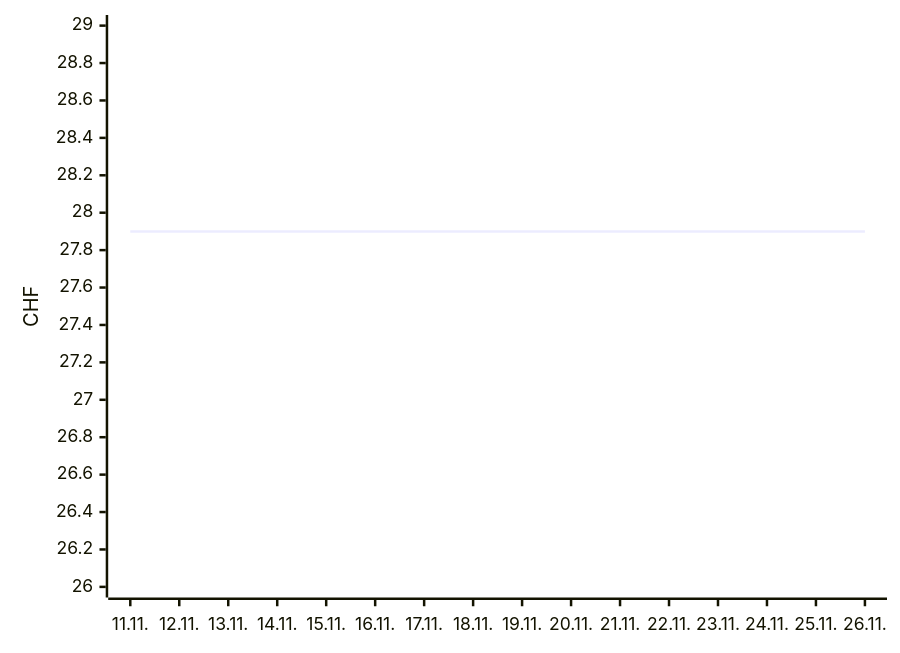
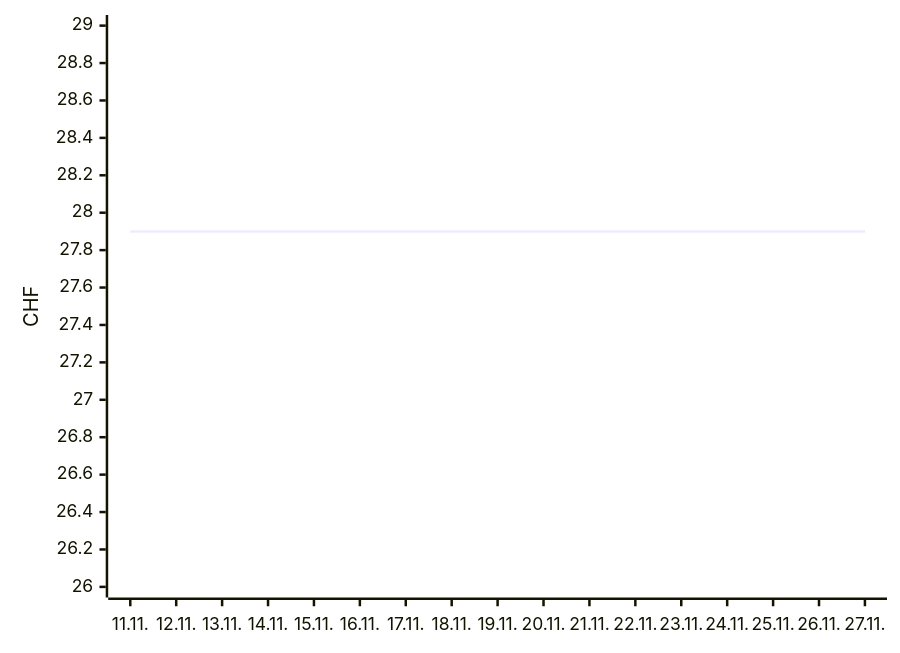
The first of 2 diagrams in README.md (Akira2828/my-Galaxus-MCP), drawn with Mermaid before and after one commit. The commit also changed other lines of this file and 1 other file, not shown here.

````diff
--- a/README.md
+++ b/README.md
@@ -16,6 +16,6 @@
 ```mermaid
 xychart-beta
-  x-axis ["11.11.", "12.11.", "13.11.", "14.11.", "15.11.", "16.11.", "17.11.", "18.11.", "19.11.", "20.11.", "21.11.", "22.11.", "23.11.", "24.11.", "25.11.", "26.11."]
+  x-axis ["11.11.", "12.11.", "13.11.", "14.11.", "15.11.", "16.11.", "17.11.", "18.11.", "19.11.", "20.11.", "21.11.", "22.11.", "23.11.", "24.11.", "25.11.", "26.11.", "27.11."]
   y-axis "CHF" 26 --> 29
-  line [27.9, 27.9, 27.9, 27.9, 27.9, 27.9, 27.9, 27.9, 27.9, 27.9, 27.9, 27.9, 27.9, 27.9, 27.9, 27.9]
+  line [27.9, 27.9, 27.9, 27.9, 27.9, 27.9, 27.9, 27.9, 27.9, 27.9, 27.9, 27.9, 27.9, 27.9, 27.9, 27.9, 27.9]
 ```
````
